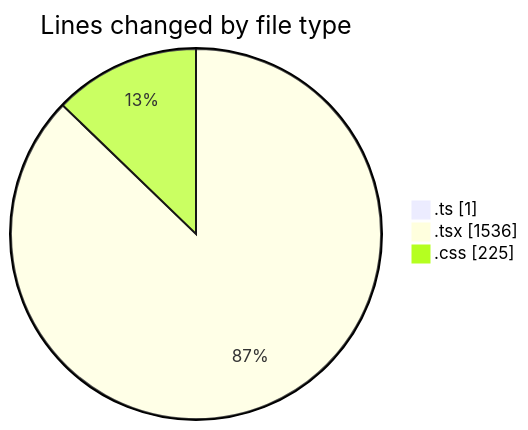
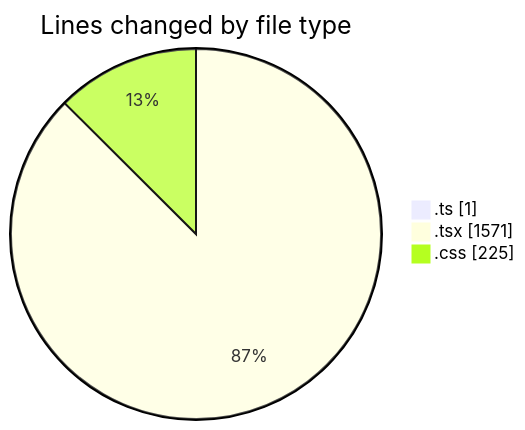
The first of 2 diagrams in 2025-01-31/audiobooks-web/README.md (robertbonfada/code-tracking), drawn with Mermaid before and after one commit. The commit also changed other lines of this file and 1 other file, not shown here.

````diff
--- a/2025-01-31/audiobooks-web/README.md
+++ b/2025-01-31/audiobooks-web/README.md
@@ -30,7 +31,7 @@
 ```mermaid
 pie showData
 title Lines changed by file type
 ".ts" : 1
-".tsx" : 1536
+".tsx" : 1571
 ".css" : 225
 ```
````
